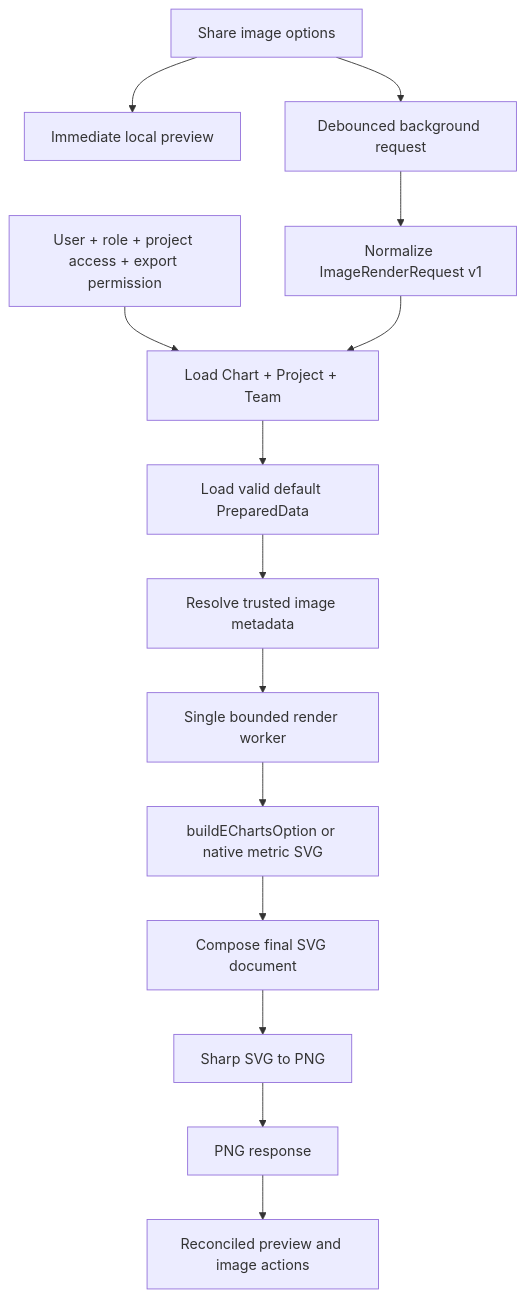
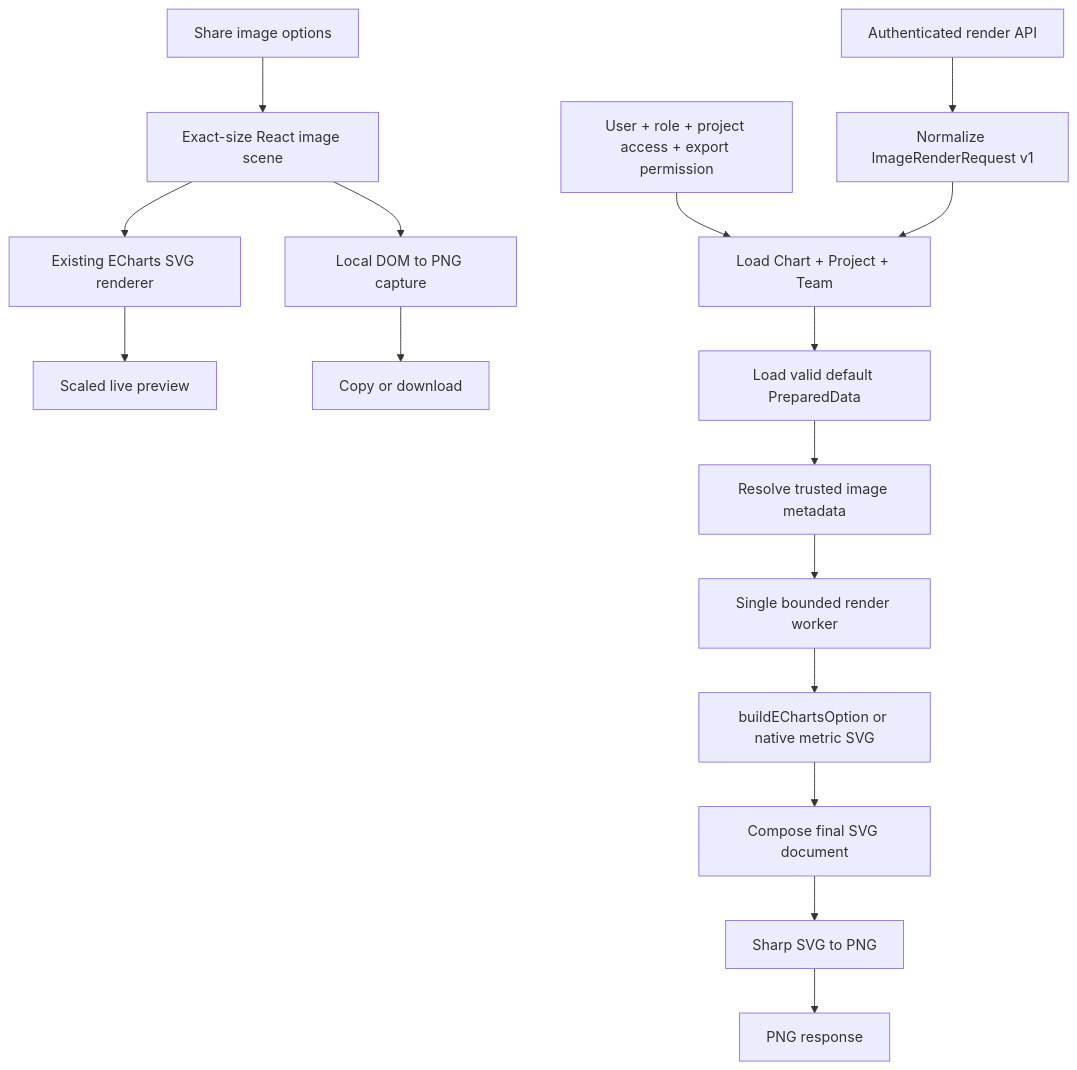
One commit to chartbrew/chartbrew changed the diagram in docs/specs/FS-20260826-echarts-ssr-image-sharing.md. Above: the diagram before and after it, drawn with Mermaid. The commit also changed other lines of this file and 47 other files, not shown here.

Commit message:
added the UI for the chart image sharing

````diff
--- a/docs/specs/FS-20260826-echarts-ssr-image-sharing.md
+++ b/docs/specs/FS-20260826-echarts-ssr-image-sharing.md
@@ -359,16 +371,18 @@
 ```mermaid
 flowchart TD
-    UI[Share image options] --> Local[Immediate local preview]
-    UI --> Debounce[Debounced background request]
-    Debounce --> Validate[Normalize ImageRenderRequest v1]
+    UI[Share image options] --> Scene[Exact-size React image scene]
+    Scene --> SVG[Existing ECharts SVG renderer]
+    SVG --> Preview[Scaled live preview]
+    Scene --> Capture[Local DOM to PNG capture]
+    Capture --> Actions[Copy or download]
+    API[Authenticated render API] --> Validate[Normalize ImageRenderRequest v1]
     Auth[User + role + project access + export permission] --> Load
     Validate --> Load[Load Chart + Project + Team]
     Load --> Snapshot[Load valid default PreparedData]
     Snapshot --> Metadata[Resolve trusted image metadata]
     Metadata --> Worker[Single bounded render worker]
     Worker --> Compile[buildEChartsOption or native metric SVG]
     Compile --> Compose[Compose final SVG document]
     Compose --> Raster[Sharp SVG to PNG]
     Raster --> Response[PNG response]
-    Response --> Final[Reconciled preview and image actions]
 ```
````
